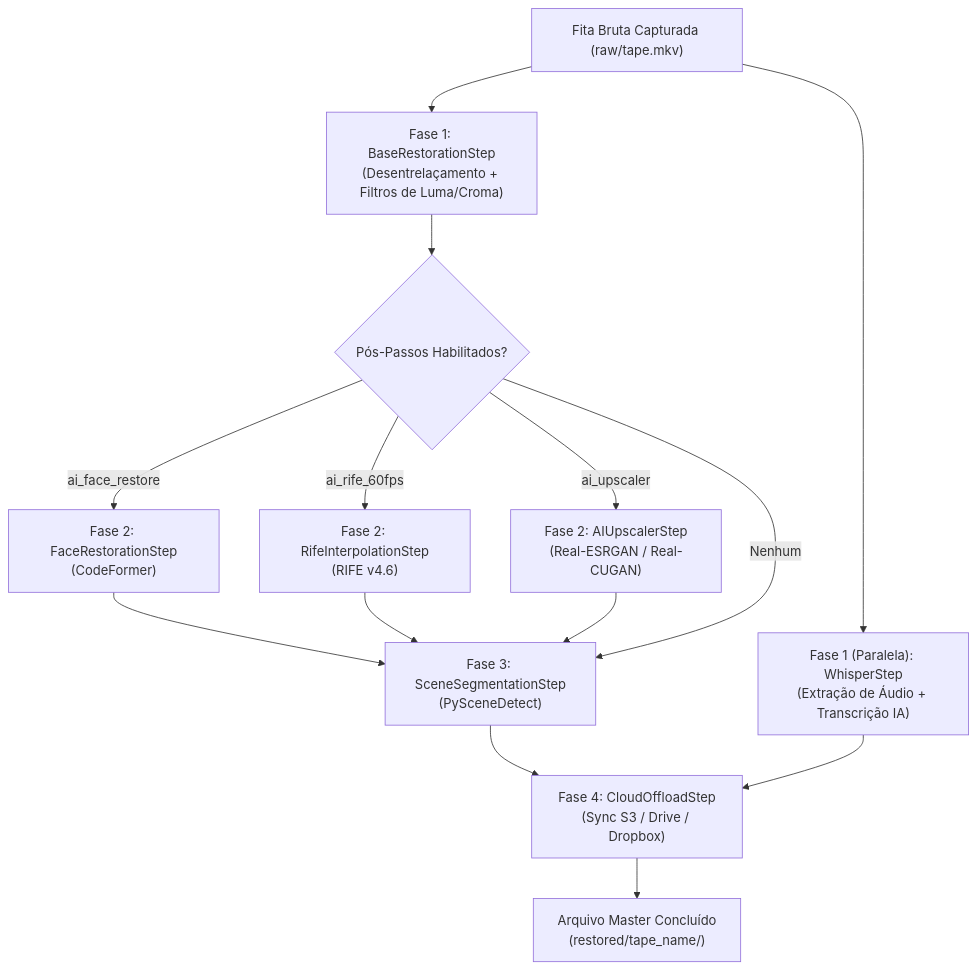
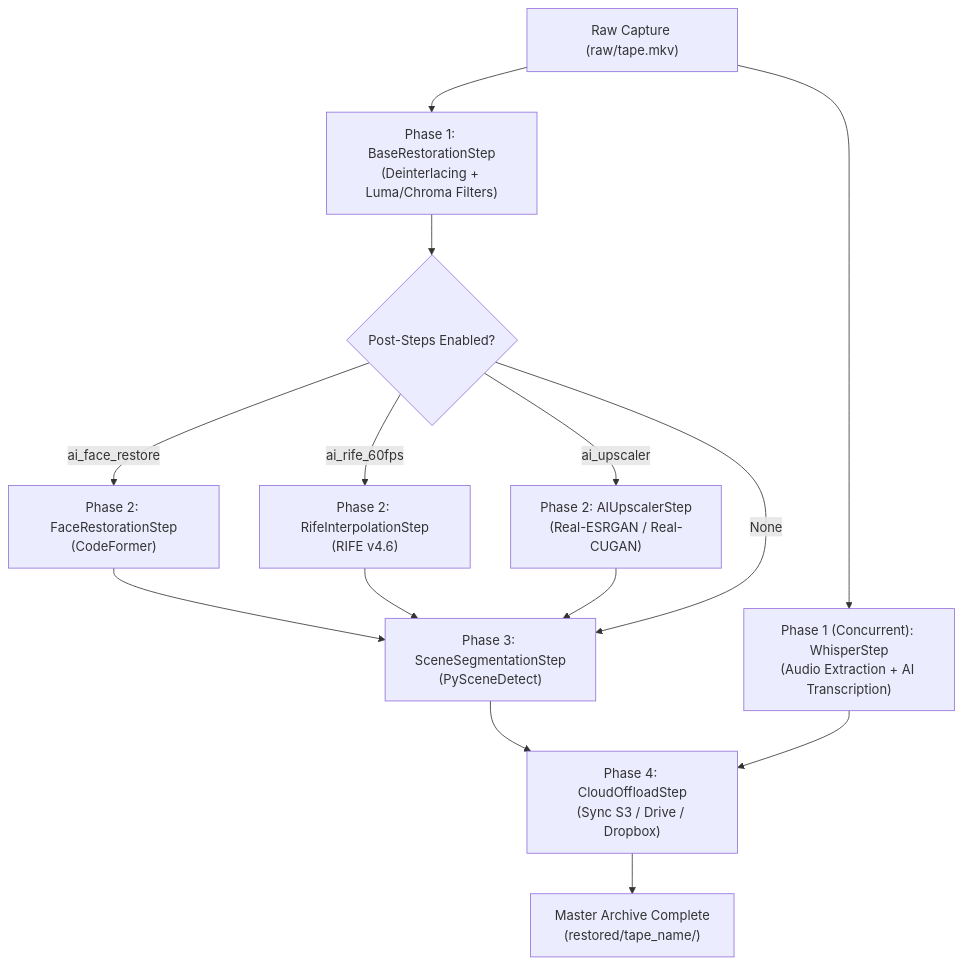
Before and after one commit to orgchrono/vhs-capture-scripts: the diagram in docs/PIPELINE_GUIDE.md, drawn with Mermaid. The commit also changed other lines of this file and 16 other files, not shown here.

````diff
--- a/docs/PIPELINE_GUIDE.md
+++ b/docs/PIPELINE_GUIDE.md
@@ -22,20 +34,20 @@
 ```mermaid
 flowchart TD
-    Raw["Fita Bruta Capturada (raw/tape.mkv)"] --> BaseRestore["Fase 1: BaseRestorationStep\n(Desentrelaçamento + Filtros de Luma/Croma)"]
-    Raw --> Whisper["Fase 1 (Paralela): WhisperStep\n(Extração de Áudio + Transcrição IA)"]
+    Raw["Raw Capture (raw/tape.mkv)"] --> BaseRestore["Phase 1: BaseRestorationStep\n(Deinterlacing + Luma/Chroma Filters)"]
+    Raw --> Whisper["Phase 1 (Concurrent): WhisperStep\n(Audio Extraction + AI Transcription)"]
     
-    BaseRestore --> PostCheck{"Pós-Passos Habilitados?"}
+    BaseRestore --> PostCheck{"Post-Steps Enabled?"}
     
-    PostCheck -->|ai_face_restore| FaceStep["Fase 2: FaceRestorationStep\n(CodeFormer)"]
-    PostCheck -->|ai_rife_60fps| RifeStep["Fase 2: RifeInterpolationStep\n(RIFE v4.6)"]
-    PostCheck -->|ai_upscaler| UpscaleStep["Fase 2: AIUpscalerStep\n(Real-ESRGAN / Real-CUGAN)"]
+    PostCheck -->|ai_face_restore| FaceStep["Phase 2: FaceRestorationStep\n(CodeFormer)"]
+    PostCheck -->|ai_rife_60fps| RifeStep["Phase 2: RifeInterpolationStep\n(RIFE v4.6)"]
+    PostCheck -->|ai_upscaler| UpscaleStep["Phase 2: AIUpscalerStep\n(Real-ESRGAN / Real-CUGAN)"]
     
-    FaceStep --> SceneStep["Fase 3: SceneSegmentationStep\n(PySceneDetect)"]
+    FaceStep --> SceneStep["Phase 3: SceneSegmentationStep\n(PySceneDetect)"]
     RifeStep --> SceneStep
     UpscaleStep --> SceneStep
-    PostCheck -->|Nenhum| SceneStep
+    PostCheck -->|None| SceneStep
     
-    SceneStep --> CloudStep["Fase 4: CloudOffloadStep\n(Sync S3 / Drive / Dropbox)"]
+    SceneStep --> CloudStep["Phase 4: CloudOffloadStep\n(Sync S3 / Drive / Dropbox)"]
     Whisper --> CloudStep
-    CloudStep --> Output["Arquivo Master Concluído\n(restored/tape_name/)"]
+    CloudStep --> Output["Master Archive Complete\n(restored/tape_name/)"]
 ```
````
